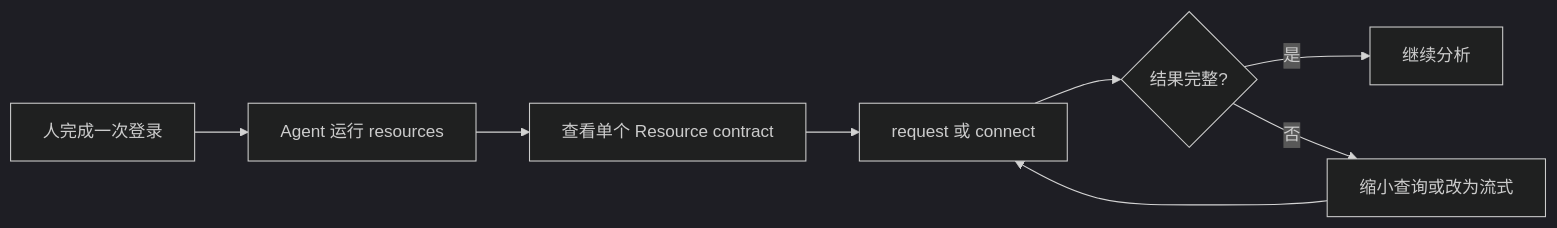
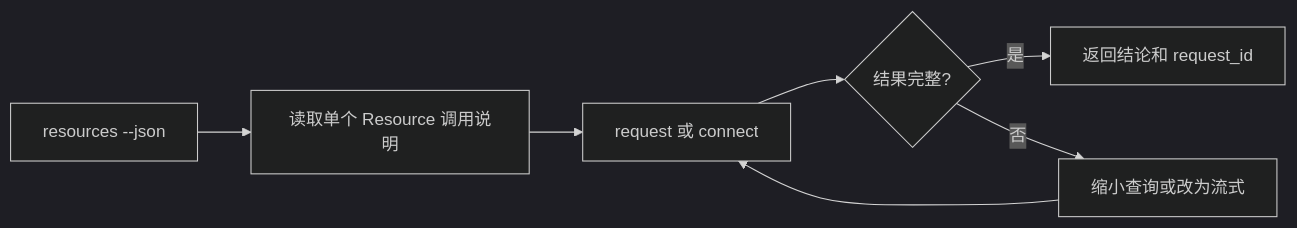
Before and after one commit to rayui-lab/bytehop-docs: the second of 2 diagrams in content/docs/using/agent-workflow.mdx, drawn with Mermaid (dark theme). The commit also changed other lines of this file and 50 other files, not shown here.

````diff
--- a/content/docs/using/agent-workflow.mdx
+++ b/content/docs/using/agent-workflow.mdx
@@ -10,10 +102,9 @@
 ```mermaid
 flowchart LR
-  H[人完成一次登录] --> D[Agent 运行 resources]
-  D --> C[查看单个 Resource contract]
+  D[resources --json] --> C[读取单个 Resource 调用说明]
   C --> I[request 或 connect]
   I --> J{结果完整?}
-  J -->|是| O[继续分析]
+  J -->|是| O[返回结论和 request_id]
   J -->|否| F[缩小查询或改为流式]
   F --> I
 ```
````
